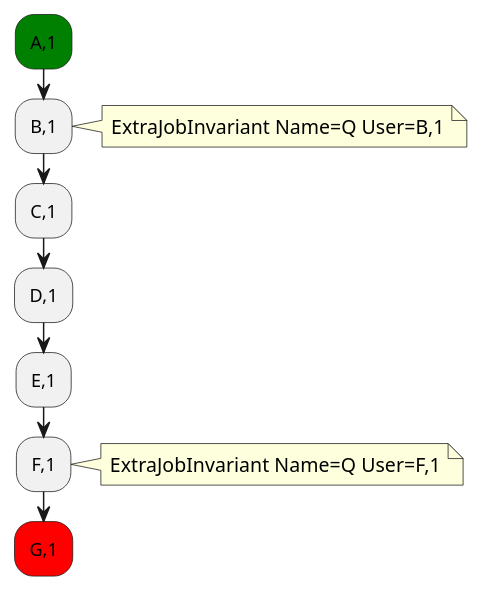
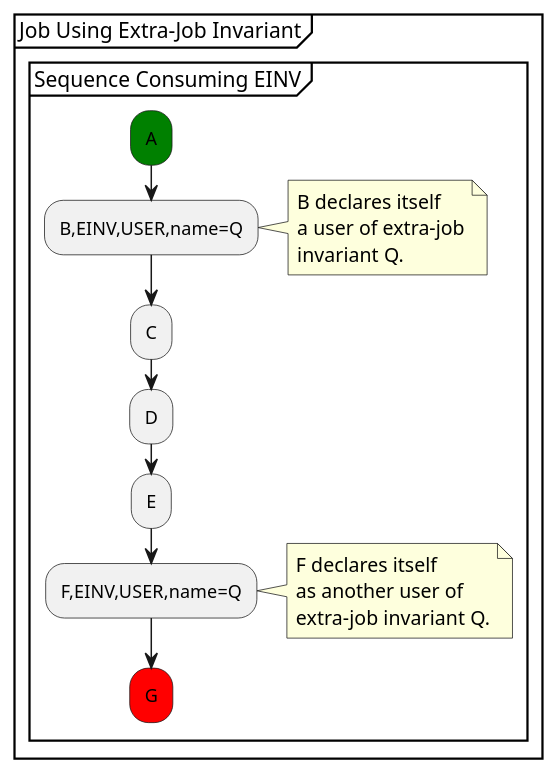
The diagram in models/SequenceVerificationDataCentric/puml/Tutorial_15.puml (xtuml/munin), drawn with PlantUML before and after one commit. The commit also changed 7 other files, not shown here.

```diff
--- a/models/SequenceVerificationDataCentric/puml/Tutorial_15.puml
+++ b/models/SequenceVerificationDataCentric/puml/Tutorial_15.puml
@@ -7,15 +7,23 @@
 @startuml 
-      #green:A,1;
-      :B,1;
+partition "Job Using Extra-Job Invariant" {
+  group "Sequence Consuming EINV"
+      #green:A;
+      :B,EINV,USER,name=Q;
       note right 
-        ExtraJobInvariant Name=Q User=B,1
+        B declares itself
+        a user of extra-job
+        invariant Q.
       end note
-      :C,1;
-      :D,1;
-      :E,1;
-      :F,1;
+      :C;
+      :D;
+      :E;
+      :F,EINV,USER,name=Q;
       note right 
-        ExtraJobInvariant Name=Q User=F,1
+        F declares itself
+        as another user of
+        extra-job invariant Q.
       end note
-      #red:G,1;
+      #red:G;
+  end group
+}
 @enduml
```
